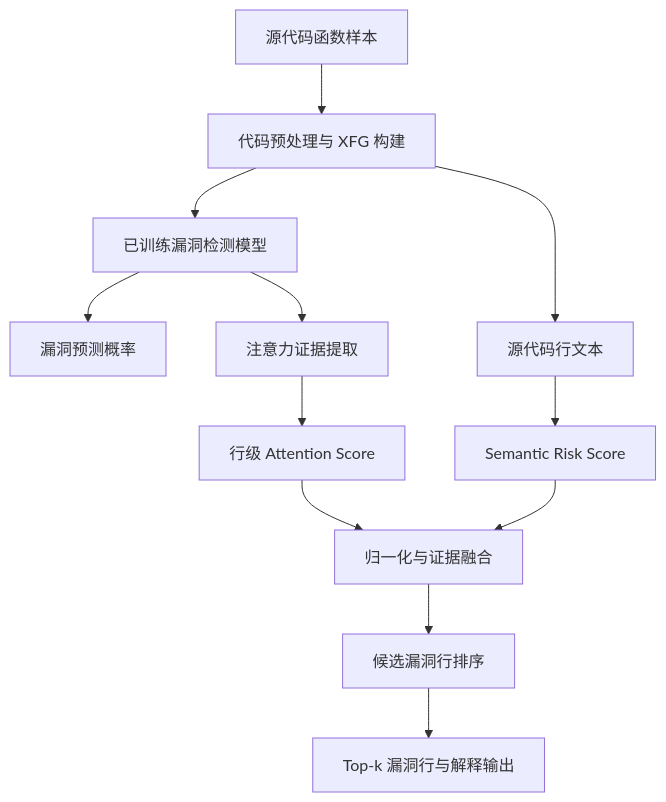
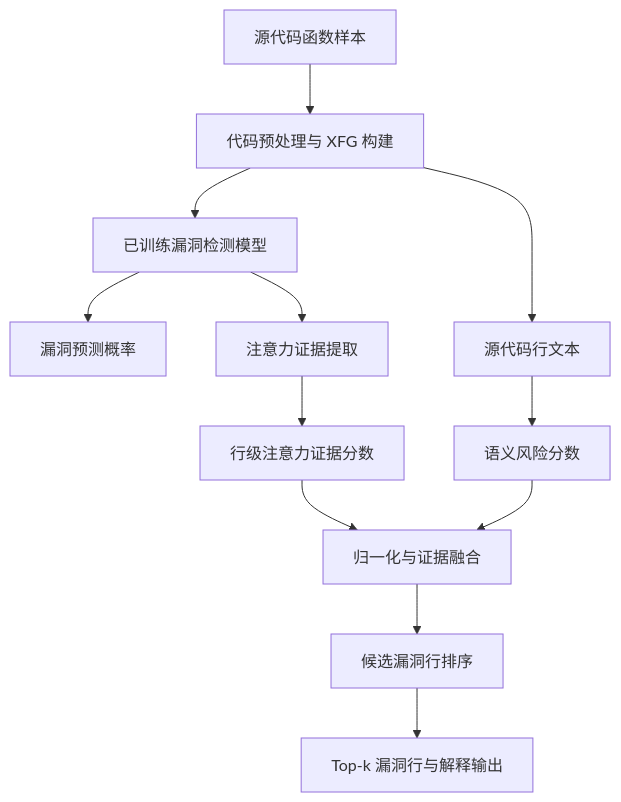
One commit to ATao-Zhang/msgvd changed the first of 2 diagrams in docs/thesis/chapter3_method_design.md. Above: the diagram before and after it, drawn with Mermaid. The commit also changed other lines of this file, not shown here.

Commit message:
fix: 修复论文公式与流程图在 GitHub 中的显示问题

````diff
--- a/docs/thesis/chapter3_method_design.md
+++ b/docs/thesis/chapter3_method_design.md
@@ -9,14 +9,14 @@
 ```mermaid
 flowchart TD
     A["源代码函数样本"] --> B["代码预处理与 XFG 构建"]
     B --> C["已训练漏洞检测模型"]
     C --> D["漏洞预测概率"]
     C --> E["注意力证据提取"]
     B --> F["源代码行文本"]
-    E --> G["行级 Attention Score"]
-    F --> H["Semantic Risk Score"]
+    E --> G["行级注意力证据分数"]
+    F --> H["语义风险分数"]
     G --> I["归一化与证据融合"]
     H --> I
     I --> J["候选漏洞行排序"]
     J --> K["Top-k 漏洞行与解释输出"]
 ```
````
